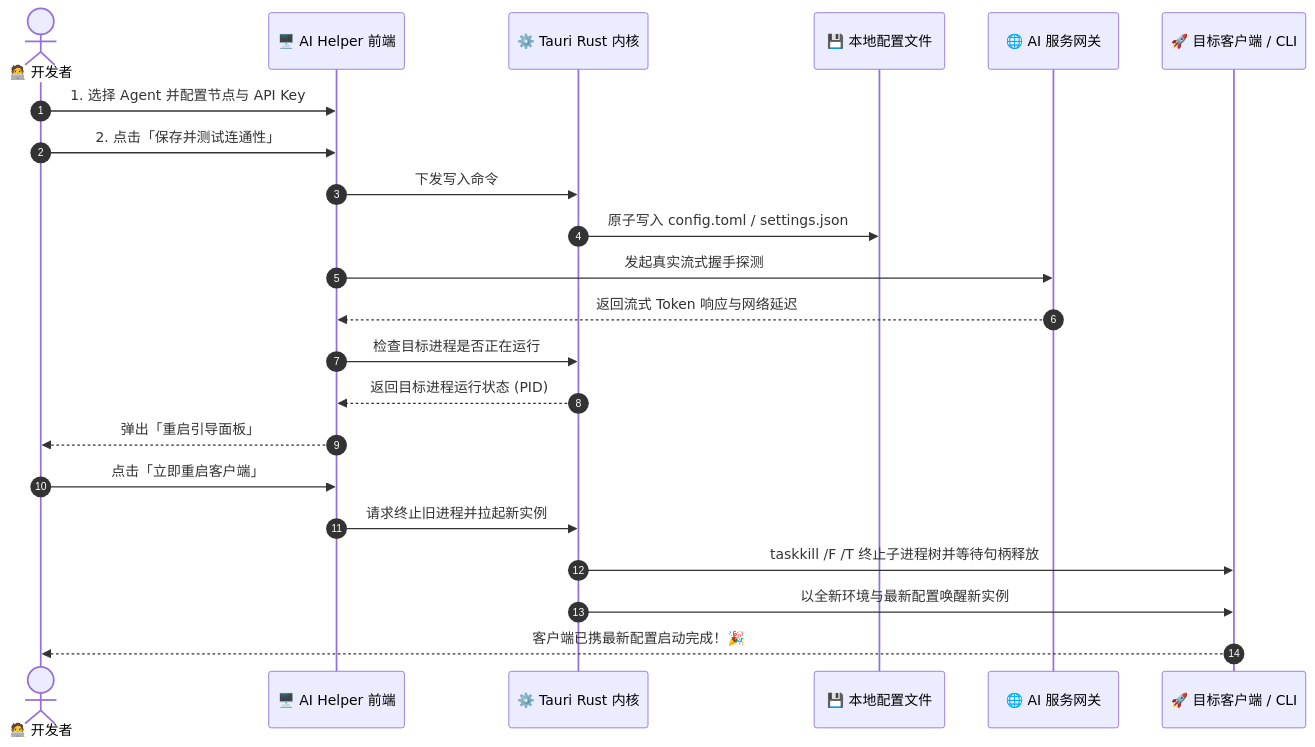
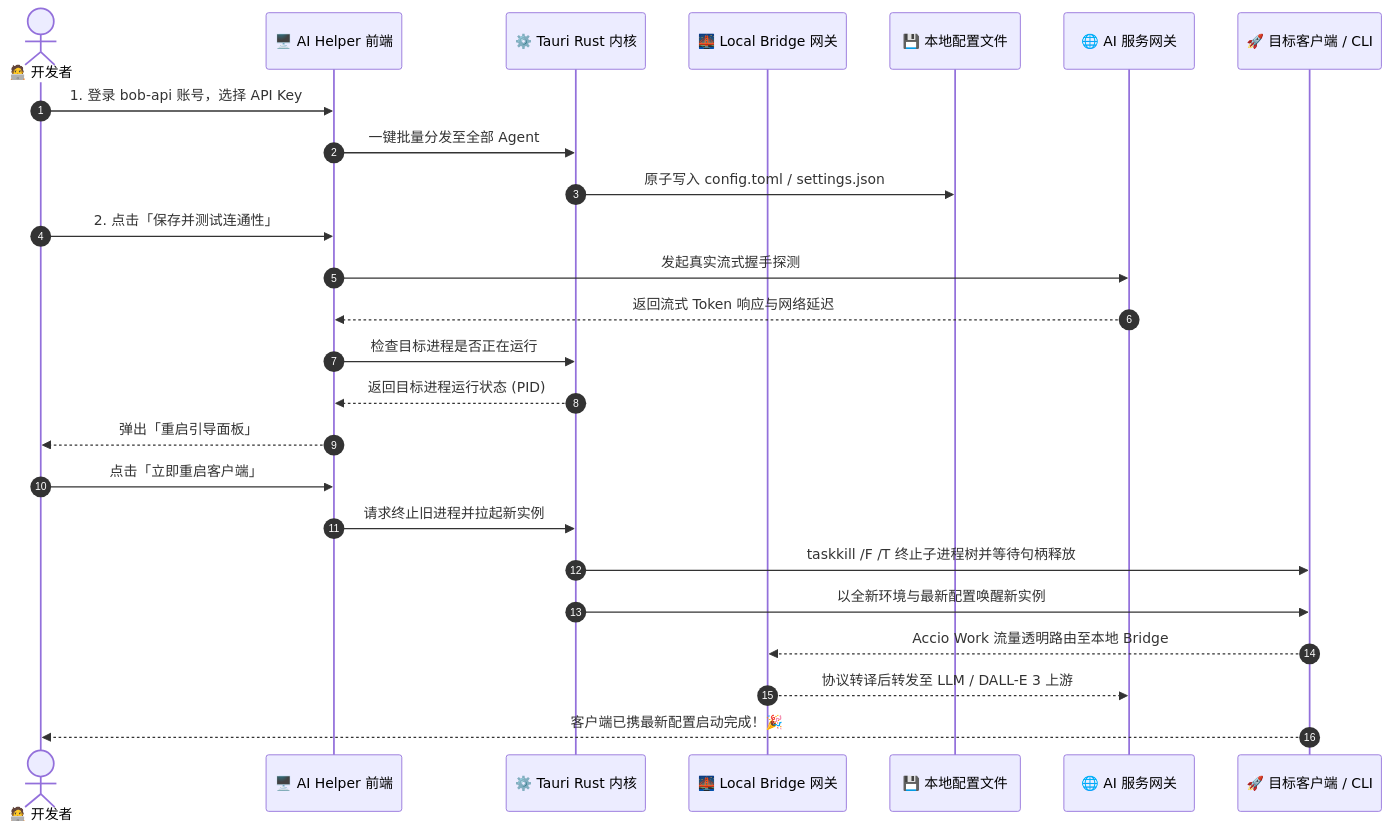
One commit to TF49/AI-Helper changed the diagram in README.md. Above: the diagram before and after it, drawn with Mermaid. The commit also changed other lines of this file, not shown here.

````diff
--- a/README.md
+++ b/README.md
@@ -108,25 +111,28 @@
 ```mermaid
 sequenceDiagram
     autonumber
     actor Developer as 🧑‍💻 开发者
     participant UI as 🖥️ AI Helper 前端
     participant Core as ⚙️ Tauri Rust 内核
+    participant Bridge as 🌉 Local Bridge 网关
     participant Disk as 💾 本地配置文件
     participant Cloud as 🌐 AI 服务网关
     participant Target as 🚀 目标客户端 / CLI
 
-    Developer->>UI: 1. 选择 Agent 并配置节点与 API Key
+    Developer->>UI: 1. 登录 bob-api 账号，选择 API Key
+    UI->>Core: 一键批量分发至全部 Agent
+    Core->>Disk: 原子写入 config.toml / settings.json
     Developer->>UI: 2. 点击「保存并测试连通性」
-    UI->>Core: 下发写入命令
-    Core->>Disk: 原子写入 config.toml / settings.json
     UI->>Cloud: 发起真实流式握手探测
     Cloud-->>UI: 返回流式 Token 响应与网络延迟
     UI->>Core: 检查目标进程是否正在运行
     Core-->>UI: 返回目标进程运行状态 (PID)
     UI-->>Developer: 弹出「重启引导面板」
     Developer->>UI: 点击「立即重启客户端」
     UI->>Core: 请求终止旧进程并拉起新实例
     Core->>Target: taskkill /F /T 终止子进程树并等待句柄释放
     Core->>Target: 以全新环境与最新配置唤醒新实例
+    Target-->>Bridge: Accio Work 流量透明路由至本地 Bridge
+    Bridge-->>Cloud: 协议转译后转发至 LLM / DALL-E 3 上游
     Target-->>Developer: 客户端已携最新配置启动完成！🎉
 ```
````
